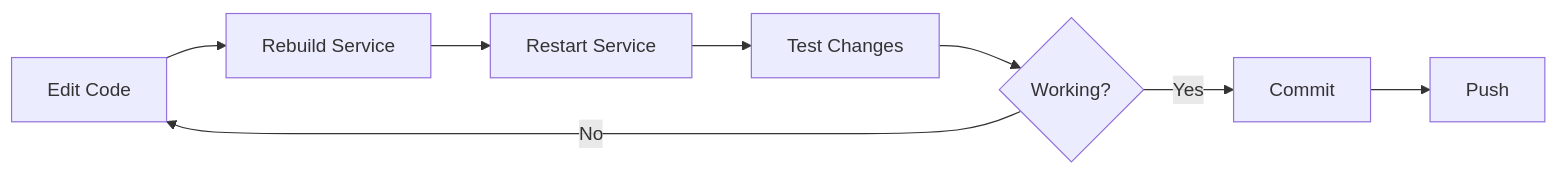
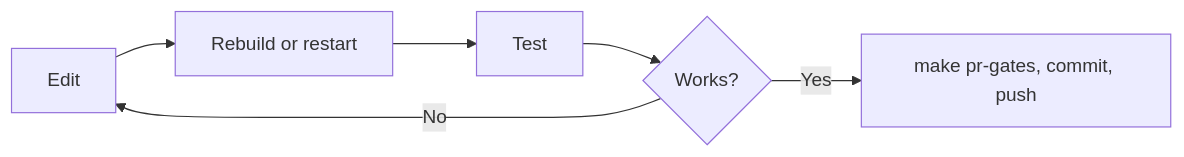
Before and after one commit to WatchMeJoustMyFlags/JoustMania: the diagram in docs/DEVELOPMENT.md, drawn with Mermaid. The commit also changed other lines of this file and 4 other files, not shown here.

````diff
--- a/docs/DEVELOPMENT.md
+++ b/docs/DEVELOPMENT.md
@@ -153,10 +131,8 @@
 ```mermaid
 graph LR
-    A[Edit Code] --> B[Rebuild Service]
-    B --> C[Restart Service]
-    C --> D[Test Changes]
-    D --> E{Working?}
-    E -->|No| A
-    E -->|Yes| F[Commit]
-    F --> G[Push]
+    A[Edit] --> B[Rebuild or restart]
+    B --> C[Test]
+    C --> D{Works?}
+    D -->|No| A
+    D -->|Yes| E[make pr-gates, commit, push]
 ```
````
